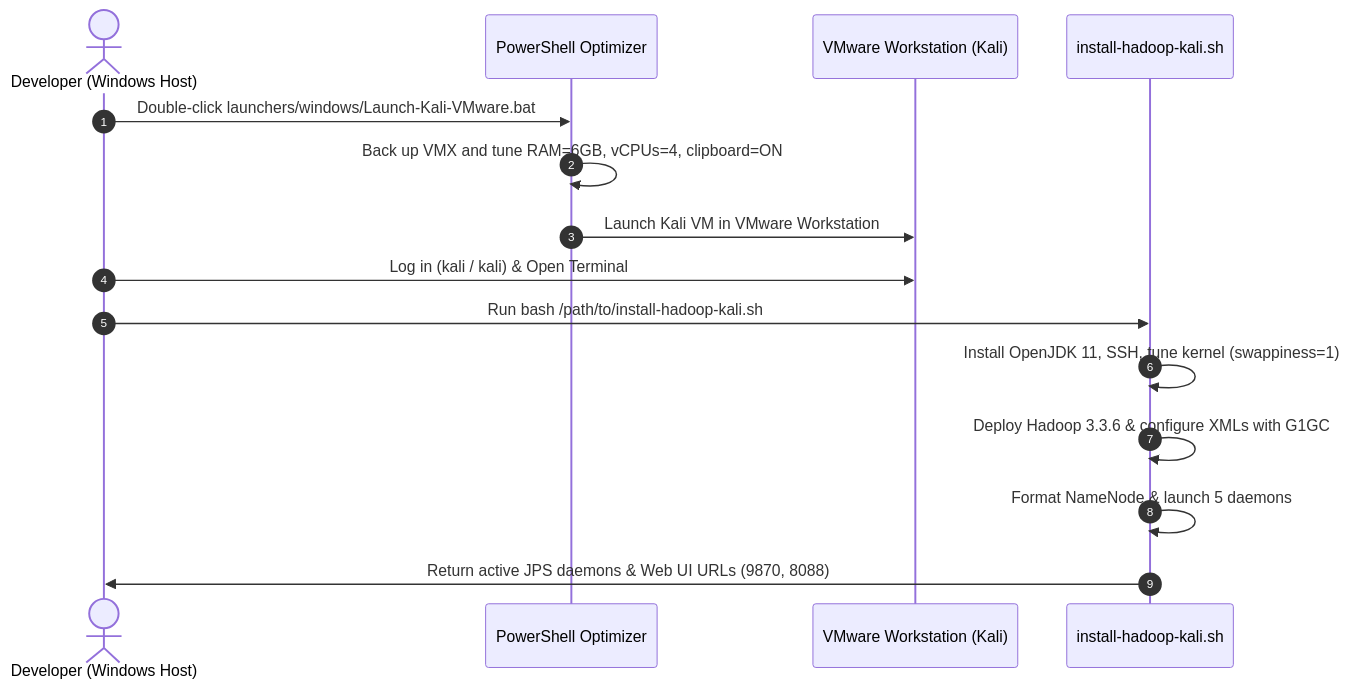
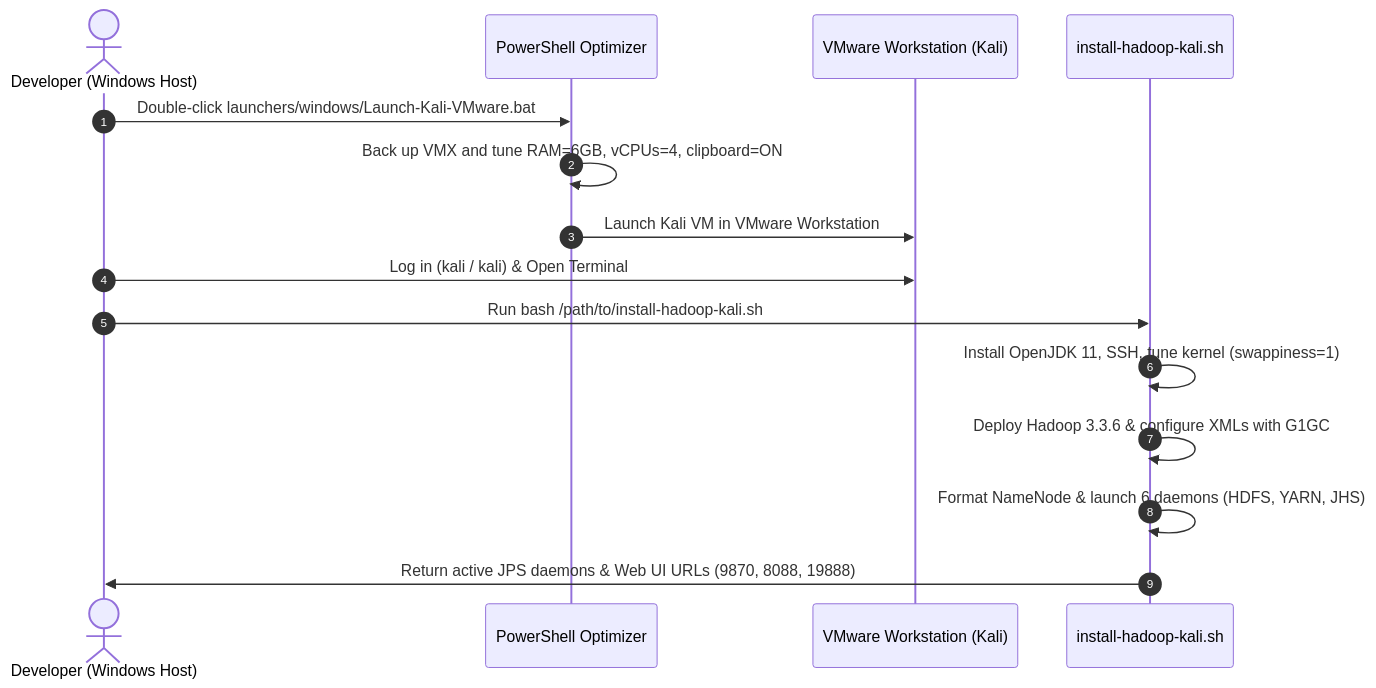
Before and after one commit to Sohila-Khaled-Abbas/docker-hadoop: the second of 2 diagrams in docs/kali-vmware-hadoop-guide.md, drawn with Mermaid. The commit also changed other lines of this file and 8 other files, not shown here.

Commit message:
feat: modernize architecture diagrams with responsive card padding, zero text overflow, and full multi-platform repo updates

````diff
--- a/docs/kali-vmware-hadoop-guide.md
+++ b/docs/kali-vmware-hadoop-guide.md
@@ -82,18 +83,18 @@
 ```mermaid
 sequenceDiagram
     autonumber
     actor Dev as Developer (Windows Host)
     participant PS as PowerShell Optimizer
     participant VM as VMware Workstation (Kali)
     participant Script as install-hadoop-kali.sh
 
     Dev->>PS: Double-click launchers/windows/Launch-Kali-VMware.bat
     PS->>PS: Back up VMX and tune RAM=6GB, vCPUs=4, clipboard=ON
     PS->>VM: Launch Kali VM in VMware Workstation
     Dev->>VM: Log in (kali / kali) & Open Terminal
     Dev->>Script: Run bash /path/to/install-hadoop-kali.sh
     Script->>Script: Install OpenJDK 11, SSH, tune kernel (swappiness=1)
     Script->>Script: Deploy Hadoop 3.3.6 & configure XMLs with G1GC
-    Script->>Script: Format NameNode & launch 5 daemons
-    Script->>Dev: Return active JPS daemons & Web UI URLs (9870, 8088)
+    Script->>Script: Format NameNode & launch 6 daemons (HDFS, YARN, JHS)
+    Script->>Dev: Return active JPS daemons & Web UI URLs (9870, 8088, 19888)
 ```
````
